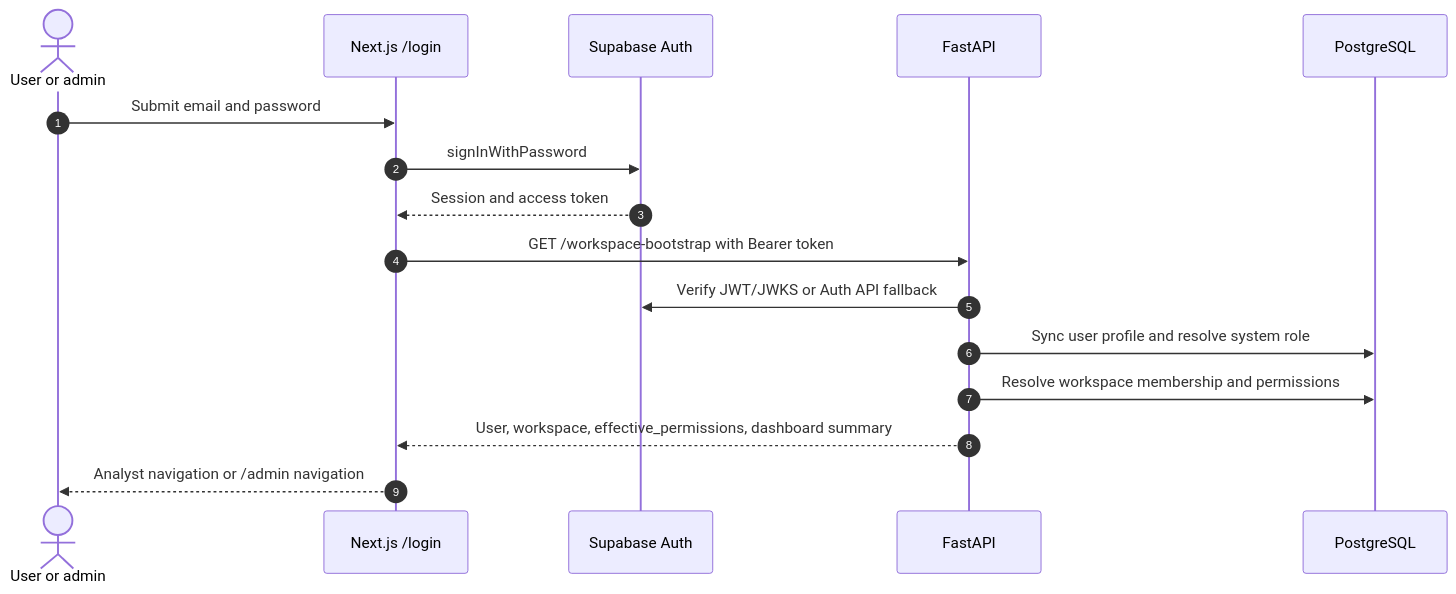
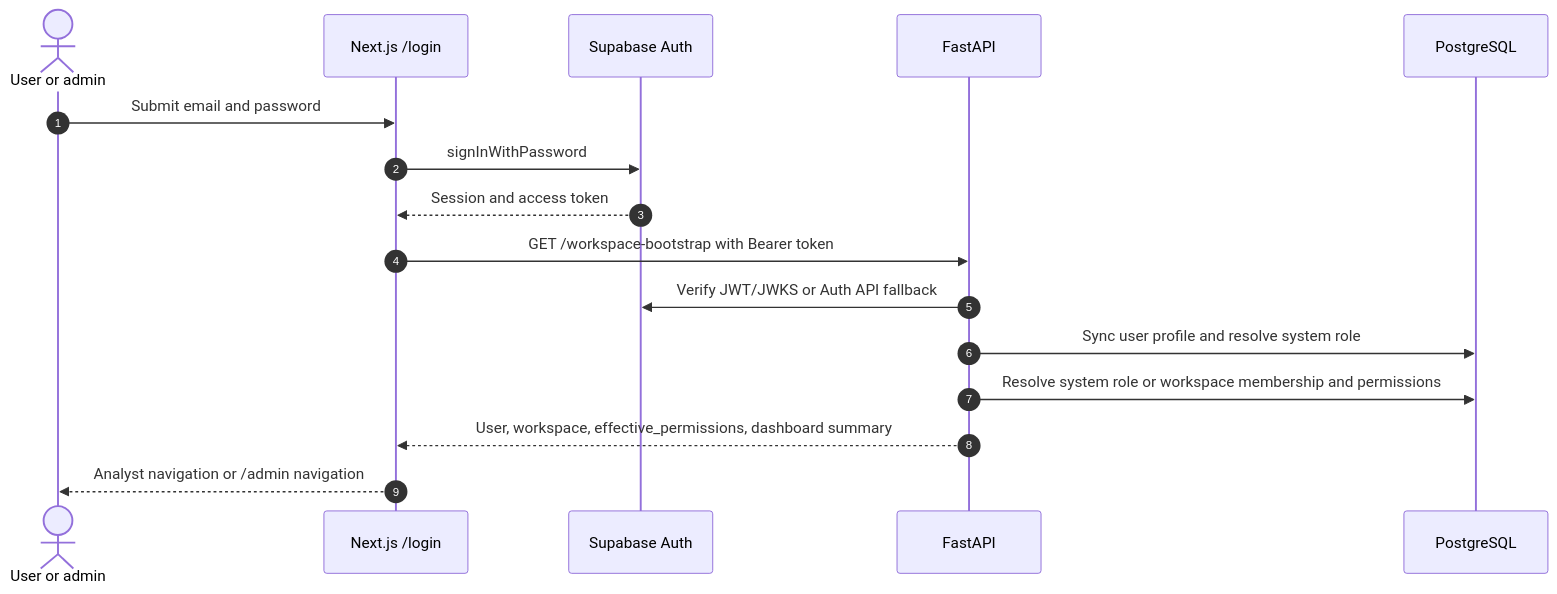
One commit to mhiu05/VDaAgent changed the second of 5 diagrams in ARCHITECTURE.md. Above: the diagram before and after it, drawn with Mermaid. The commit also changed other lines of this file and 23 other files, not shown here.

````diff
--- a/ARCHITECTURE.md
+++ b/ARCHITECTURE.md
@@ -263,19 +264,19 @@
 ```mermaid
 sequenceDiagram
     autonumber
     actor U as User or admin
     participant UI as Next.js /login
     participant Auth as Supabase Auth
     participant API as FastAPI
     participant DB as PostgreSQL
 
     U->>UI: Submit email and password
     UI->>Auth: signInWithPassword
     Auth-->>UI: Session and access token
     UI->>API: GET /workspace-bootstrap with Bearer token
     API->>Auth: Verify JWT/JWKS or Auth API fallback
     API->>DB: Sync user profile and resolve system role
-    API->>DB: Resolve workspace membership and permissions
+    API->>DB: Resolve system role or workspace membership and permissions
     API-->>UI: User, workspace, effective_permissions, dashboard summary
     UI-->>U: Analyst navigation or /admin navigation
 ```
````
